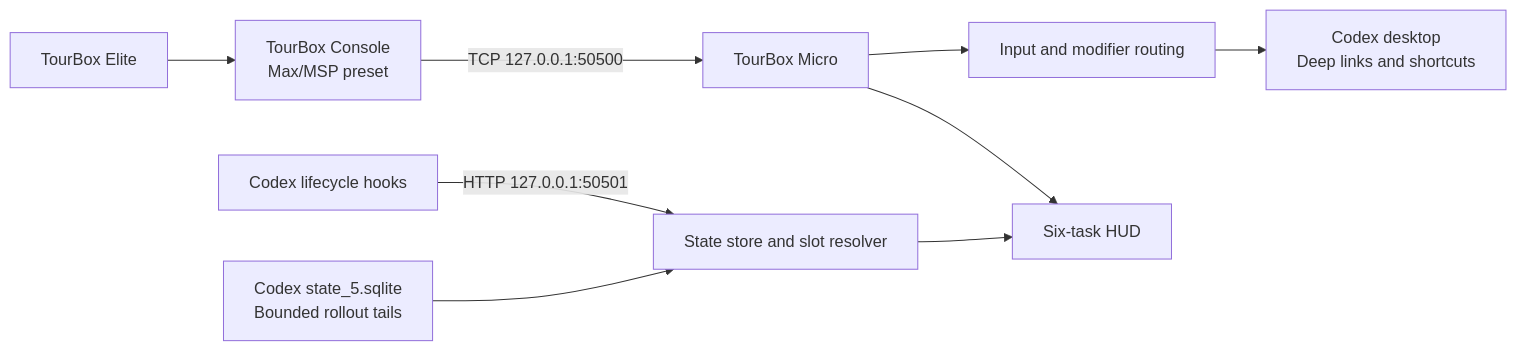
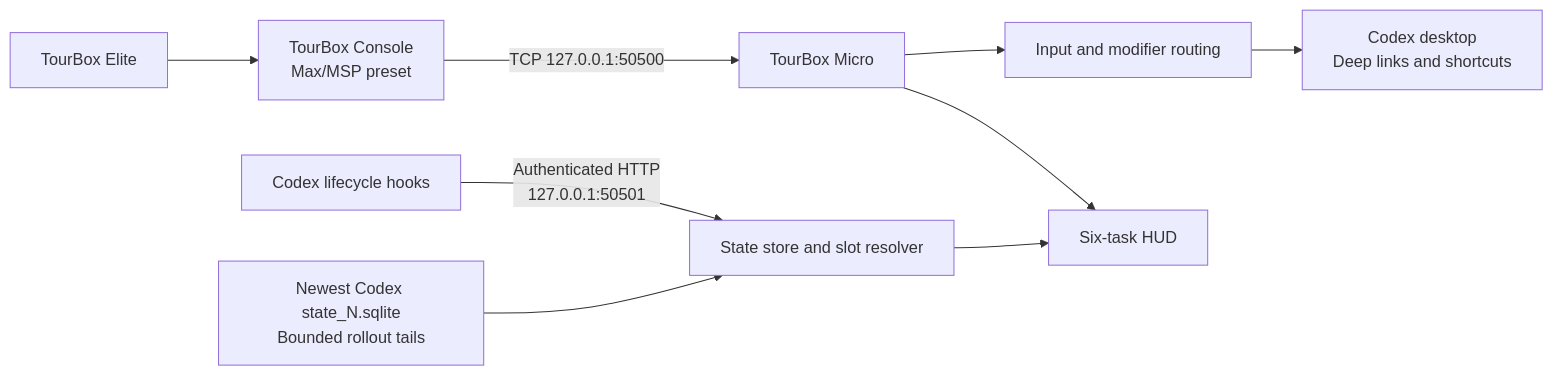
Before and after one commit to MJYKIM99/tourbox-micro: the diagram in README.md, drawn with Mermaid. The commit also changed other lines of this file and 47 other files, not shown here.

````diff
--- a/README.md
+++ b/README.md
@@ -56,12 +57,12 @@
 ```mermaid
 flowchart LR
     TB["TourBox Elite"] --> TC["TourBox Console<br/>Max/MSP preset"]
     TC -->|"TCP 127.0.0.1:50500"| APP["TourBox Micro"]
     APP --> ROUTER["Input and modifier routing"]
     ROUTER --> CODEX["Codex desktop<br/>Deep links and shortcuts"]
 
-    HOOKS["Codex lifecycle hooks"] -->|"HTTP 127.0.0.1:50501"| STATUS["State store and slot resolver"]
-    DB["Codex state_5.sqlite<br/>Bounded rollout tails"] --> STATUS
+    HOOKS["Codex lifecycle hooks"] -->|"Authenticated HTTP<br/>127.0.0.1:50501"| STATUS["State store and slot resolver"]
+    DB["Newest Codex state_N.sqlite<br/>Bounded rollout tails"] --> STATUS
     STATUS --> HUD["Six-task HUD"]
     APP --> HUD
 ```
````
